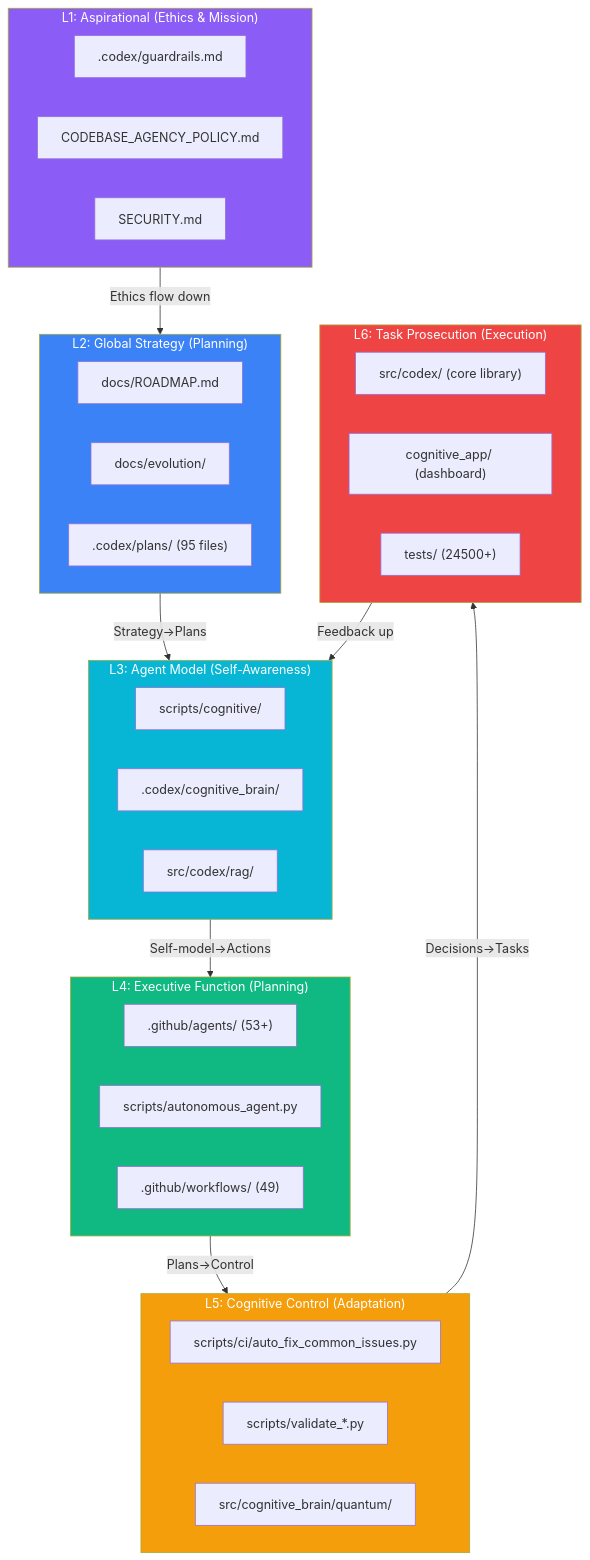
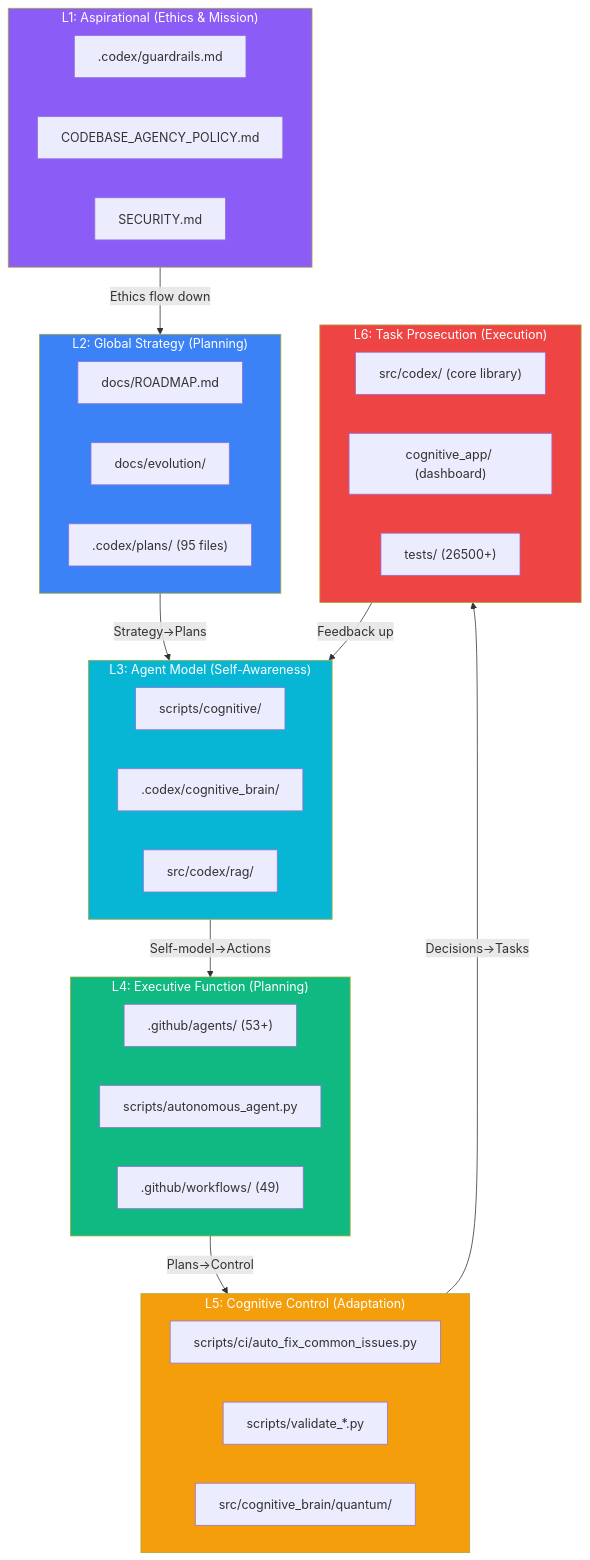
One commit to Aries-Serpent/_codex_ changed the diagram in docs/evolution/COGNITIVE_CODEBASE_MAP.md. Above: the diagram before and after it, drawn with Mermaid. The commit also changed 5 other files, not shown here.

````diff
--- a/docs/evolution/COGNITIVE_CODEBASE_MAP.md
+++ b/docs/evolution/COGNITIVE_CODEBASE_MAP.md
@@ -12,52 +12,52 @@
 ```mermaid
 graph TD
     subgraph L1["L1: Aspirational (Ethics & Mission)"]
         E1[".codex/guardrails.md"]
         E2["CODEBASE_AGENCY_POLICY.md"]
         E3["SECURITY.md"]
     end
 
     subgraph L2["L2: Global Strategy (Planning)"]
         S1["docs/ROADMAP.md"]
         S2["docs/evolution/"]
         S3[".codex/plans/ (95 files)"]
     end
 
     subgraph L3["L3: Agent Model (Self-Awareness)"]
         M1["scripts/cognitive/"]
         M2[".codex/cognitive_brain/"]
         M3["src/codex/rag/"]
     end
 
     subgraph L4["L4: Executive Function (Planning)"]
         X1[".github/agents/ (53+)"]
         X2["scripts/autonomous_agent.py"]
         X3[".github/workflows/ (49)"]
     end
 
     subgraph L5["L5: Cognitive Control (Adaptation)"]
         C1["scripts/ci/auto_fix_common_issues.py"]
         C2["scripts/validate_*.py"]
         C3["src/cognitive_brain/quantum/"]
     end
 
     subgraph L6["L6: Task Prosecution (Execution)"]
         T1["src/codex/ (core library)"]
         T2["cognitive_app/ (dashboard)"]
-        T3["tests/ (24500+)"]
+        T3["tests/ (26500+)"]
     end
 
     L1 -->|"Ethics flow down"| L2
     L2 -->|"Strategy→Plans"| L3
     L3 -->|"Self-model→Actions"| L4
     L4 -->|"Plans→Control"| L5
     L5 -->|"Decisions→Tasks"| L6
     L6 -->|"Feedback up"| L3
 
     style L1 fill:#8b5cf6,color:#fff
     style L2 fill:#3b82f6,color:#fff
     style L3 fill:#06b6d4,color:#fff
     style L4 fill:#10b981,color:#fff
     style L5 fill:#f59e0b,color:#fff
     style L6 fill:#ef4444,color:#fff
 ```
````
